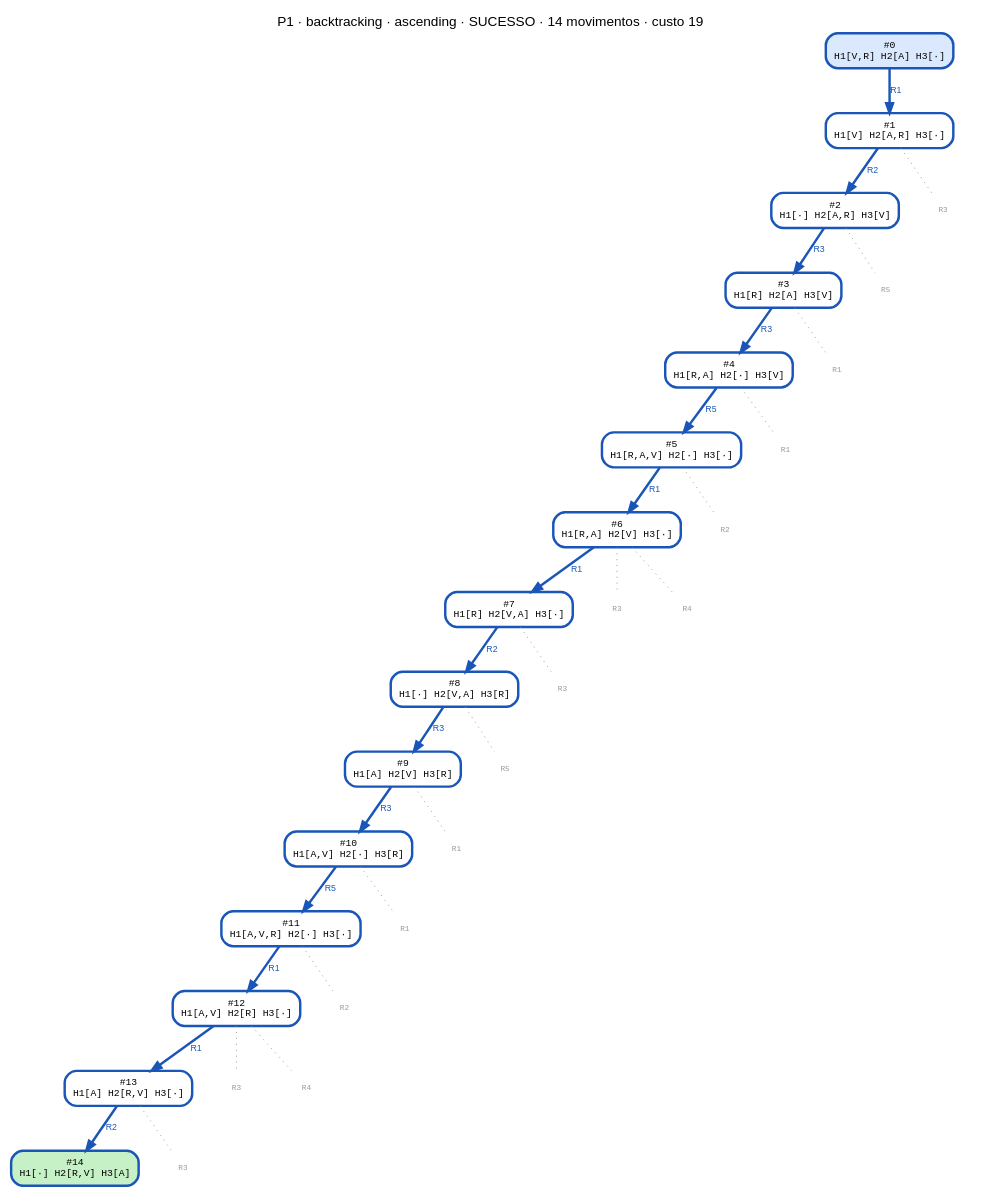
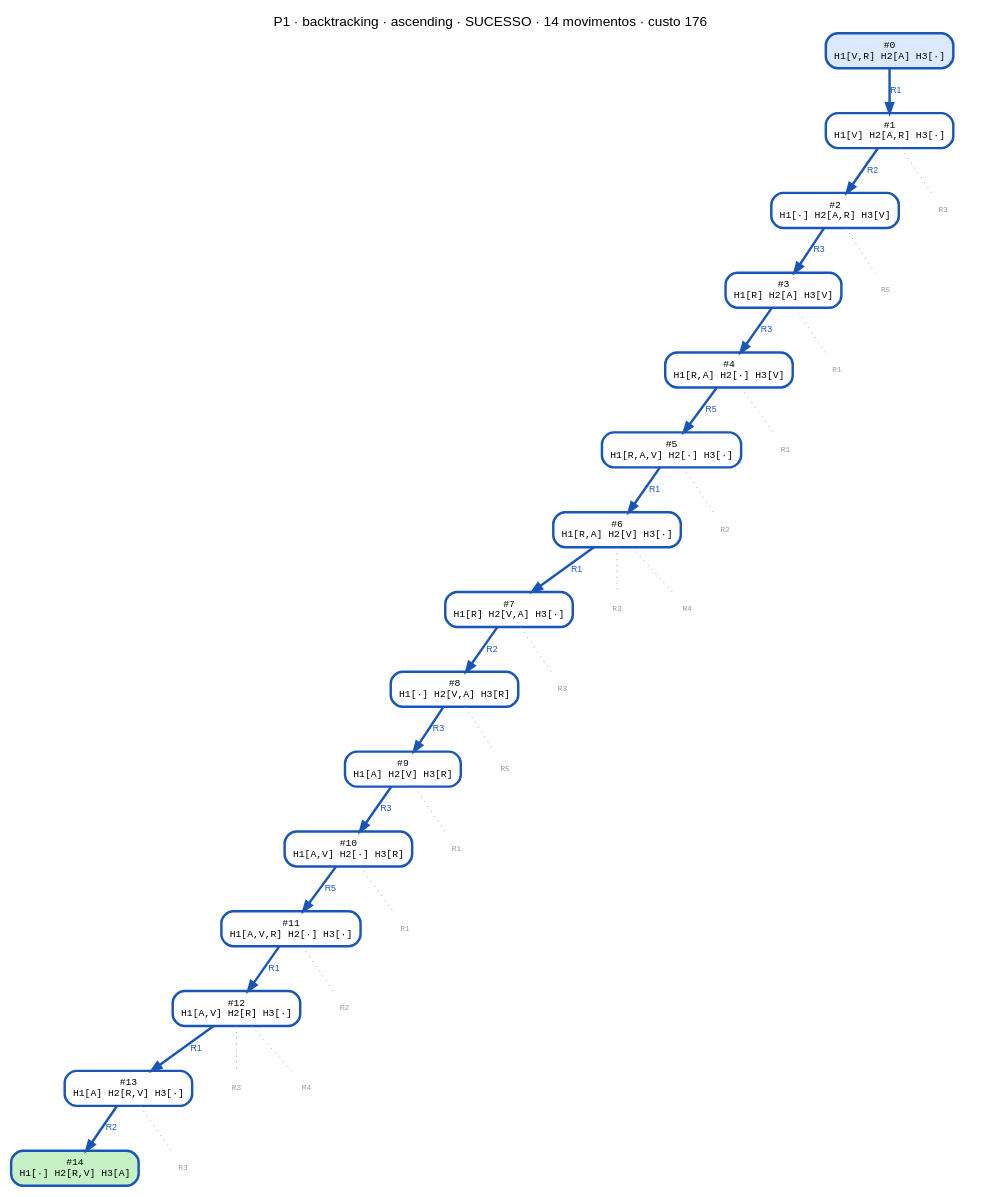
One commit to CharlesLB/dcc-014-trabalho-1 changed the diagram in data/P1/backtracking_ascending.dot. Above: the diagram before and after it, drawn with Graphviz. The commit also changed 28 other files, not shown here.

```diff
--- a/data/P1/backtracking_ascending.dot
+++ b/data/P1/backtracking_ascending.dot
@@ -1,64 +1,64 @@
 digraph search {
-  label="P1 · backtracking · ascending · SUCESSO · 14 movimentos · custo 19"; labelloc=t; fontname="Helvetica";
+  label="P1 · backtracking · ascending · SUCESSO · 14 movimentos · custo 176"; labelloc=t; fontname="Helvetica";
   node [shape=box, style="rounded,filled", fontname="monospace", fontsize=10];
   edge [fontname="Helvetica", fontsize=9];
   n0 [label="#0\nH1[V,R] H2[A] H3[·]", fillcolor="#dbe9ff", color="#1a56b8", penwidth=2.5];
   n1 [label="#1\nH1[V] H2[A,R] H3[·]", fillcolor="#ffffff", color="#1a56b8", penwidth=2.5];
   n0 -> n1 [label="R1", color="#1a56b8", fontcolor="#1a56b8", penwidth=2.5];
   n2 [label="#2\nH1[·] H2[A,R] H3[V]", fillcolor="#ffffff", color="#1a56b8", penwidth=2.5];
   n1 -> n2 [label="R2", color="#1a56b8", fontcolor="#1a56b8", penwidth=2.5];
   n3 [label="#3\nH1[R] H2[A] H3[V]", fillcolor="#ffffff", color="#1a56b8", penwidth=2.5];
   n2 -> n3 [label="R3", color="#1a56b8", fontcolor="#1a56b8", penwidth=2.5];
   n4 [label="#4\nH1[R,A] H2[·] H3[V]", fillcolor="#ffffff", color="#1a56b8", penwidth=2.5];
   n3 -> n4 [label="R3", color="#1a56b8", fontcolor="#1a56b8", penwidth=2.5];
   n5 [label="#5\nH1[R,A,V] H2[·] H3[·]", fillcolor="#ffffff", color="#1a56b8", penwidth=2.5];
   n4 -> n5 [label="R5", color="#1a56b8", fontcolor="#1a56b8", penwidth=2.5];
   n6 [label="#6\nH1[R,A] H2[V] H3[·]", fillcolor="#ffffff", color="#1a56b8", penwidth=2.5];
   n5 -> n6 [label="R1", color="#1a56b8", fontcolor="#1a56b8", penwidth=2.5];
   n7 [label="#7\nH1[R] H2[V,A] H3[·]", fillcolor="#ffffff", color="#1a56b8", penwidth=2.5];
   n6 -> n7 [label="R1", color="#1a56b8", fontcolor="#1a56b8", penwidth=2.5];
   n8 [label="#8\nH1[·] H2[V,A] H3[R]", fillcolor="#ffffff", color="#1a56b8", penwidth=2.5];
   n7 -> n8 [label="R2", color="#1a56b8", fontcolor="#1a56b8", penwidth=2.5];
   n9 [label="#9\nH1[A] H2[V] H3[R]", fillcolor="#ffffff", color="#1a56b8", penwidth=2.5];
   n8 -> n9 [label="R3", color="#1a56b8", fontcolor="#1a56b8", penwidth=2.5];
   n10 [label="#10\nH1[A,V] H2[·] H3[R]", fillcolor="#ffffff", color="#1a56b8", penwidth=2.5];
   n9 -> n10 [label="R3", color="#1a56b8", fontcolor="#1a56b8", penwidth=2.5];
   n11 [label="#11\nH1[A,V,R] H2[·] H3[·]", fillcolor="#ffffff", color="#1a56b8", penwidth=2.5];
   n10 -> n11 [label="R5", color="#1a56b8", fontcolor="#1a56b8", penwidth=2.5];
   n12 [label="#12\nH1[A,V] H2[R] H3[·]", fillcolor="#ffffff", color="#1a56b8", penwidth=2.5];
   n11 -> n12 [label="R1", color="#1a56b8", fontcolor="#1a56b8", penwidth=2.5];
   n13 [label="#13\nH1[A] H2[R,V] H3[·]", fillcolor="#ffffff", color="#1a56b8", penwidth=2.5];
   n12 -> n13 [label="R1", color="#1a56b8", fontcolor="#1a56b8", penwidth=2.5];
   n14 [label="#14\nH1[·] H2[R,V] H3[A]", fillcolor="#c6f0c6", color="#1a56b8", penwidth=2.5];
   n13 -> n14 [label="R2", color="#1a56b8", fontcolor="#1a56b8", penwidth=2.5];
   p1_R3 [label="R3", shape=plaintext, style=solid, fontcolor="#999999", fontsize=8];
   n1 -> p1_R3 [style=dotted, color="#999999", arrowhead=none];
   p2_R5 [label="R5", shape=plaintext, style=solid, fontcolor="#999999", fontsize=8];
   n2 -> p2_R5 [style=dotted, color="#999999", arrowhead=none];
   p3_R1 [label="R1", shape=plaintext, style=solid, fontcolor="#999999", fontsize=8];
   n3 -> p3_R1 [style=dotted, color="#999999", arrowhead=none];
   p4_R1 [label="R1", shape=plaintext, style=solid, fontcolor="#999999", fontsize=8];
   n4 -> p4_R1 [style=dotted, color="#999999", arrowhead=none];
   p5_R2 [label="R2", shape=plaintext, style=solid, fontcolor="#999999", fontsize=8];
   n5 -> p5_R2 [style=dotted, color="#999999", arrowhead=none];
   p6_R3 [label="R3", shape=plaintext, style=solid, fontcolor="#999999", fontsize=8];
   n6 -> p6_R3 [style=dotted, color="#999999", arrowhead=none];
   p6_R4 [label="R4", shape=plaintext, style=solid, fontcolor="#999999", fontsize=8];
   n6 -> p6_R4 [style=dotted, color="#999999", arrowhead=none];
   p7_R3 [label="R3", shape=plaintext, style=solid, fontcolor="#999999", fontsize=8];
   n7 -> p7_R3 [style=dotted, color="#999999", arrowhead=none];
   p8_R5 [label="R5", shape=plaintext, style=solid, fontcolor="#999999", fontsize=8];
   n8 -> p8_R5 [style=dotted, color="#999999", arrowhead=none];
   p9_R1 [label="R1", shape=plaintext, style=solid, fontcolor="#999999", fontsize=8];
   n9 -> p9_R1 [style=dotted, color="#999999", arrowhead=none];
   p10_R1 [label="R1", shape=plaintext, style=solid, fontcolor="#999999", fontsize=8];
   n10 -> p10_R1 [style=dotted, color="#999999", arrowhead=none];
   p11_R2 [label="R2", shape=plaintext, style=solid, fontcolor="#999999", fontsize=8];
   n11 -> p11_R2 [style=dotted, color="#999999", arrowhead=none];
   p12_R3 [label="R3", shape=plaintext, style=solid, fontcolor="#999999", fontsize=8];
   n12 -> p12_R3 [style=dotted, color="#999999", arrowhead=none];
   p12_R4 [label="R4", shape=plaintext, style=solid, fontcolor="#999999", fontsize=8];
   n12 -> p12_R4 [style=dotted, color="#999999", arrowhead=none];
   p13_R3 [label="R3", shape=plaintext, style=solid, fontcolor="#999999", fontsize=8];
   n13 -> p13_R3 [style=dotted, color="#999999", arrowhead=none];
 }
```
